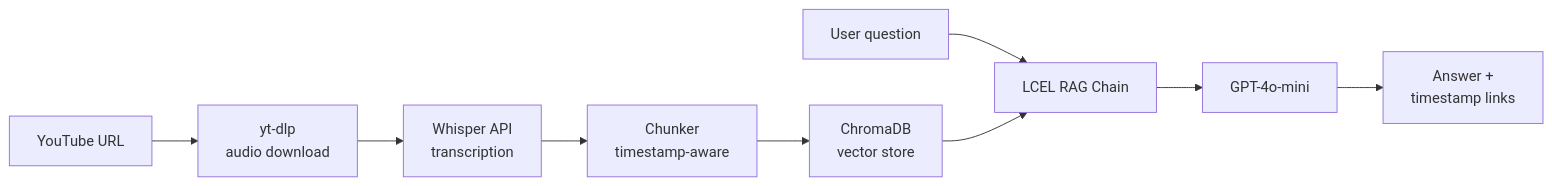
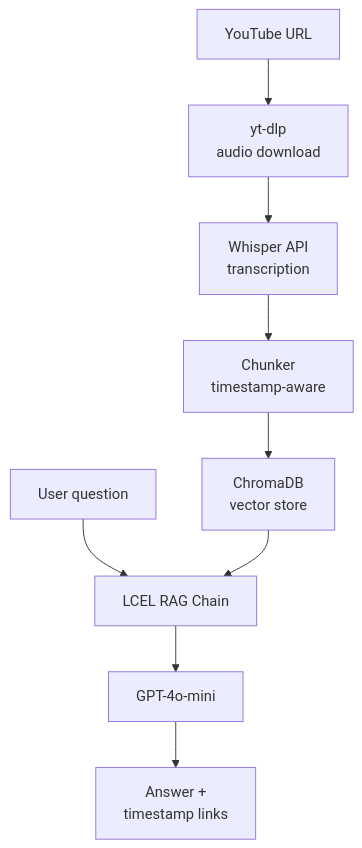
The diagram in README.md (ns6266-arch/youtube-rag-assistant), drawn with Mermaid before and after one commit.

````diff
--- a/README.md
+++ b/README.md
@@ -11,11 +11,11 @@
 ```mermaid
-flowchart LR
-    A[YouTube URL] --> B[yt-dlp\naudio download]
-    B --> C[Whisper API\ntranscription]
-    C --> D[Chunker\ntimestamp-aware]
-    D --> E[ChromaDB\nvector store]
+flowchart TD
+    A[YouTube URL] --> B[yt-dlp<br/>audio download]
+    B --> C[Whisper API<br/>transcription]
+    C --> D[Chunker<br/>timestamp-aware]
+    D --> E[ChromaDB<br/>vector store]
     F[User question] --> G[LCEL RAG Chain]
     E --> G
     G --> H[GPT-4o-mini]
-    H --> I[Answer +\ntimestamp links]
+    H --> I[Answer +<br/>timestamp links]
 ```
````
